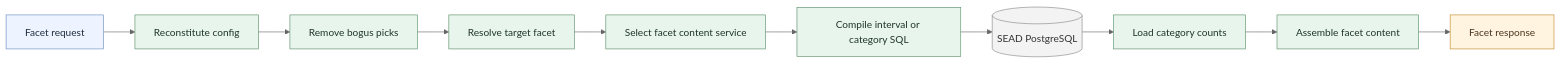
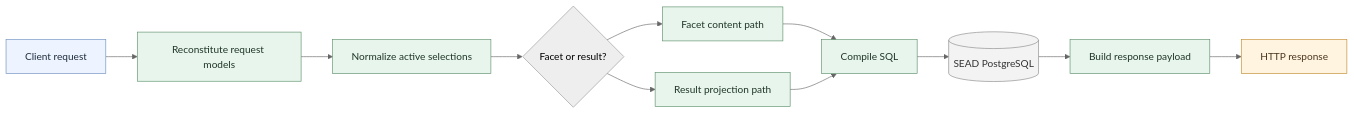
One commit to humlab-sead/sead_query_api changed the second of 12 diagrams in docs/DIAGRAMS.md. Above: the diagram before and after it, drawn with Mermaid (neutral theme). The commit also changed other lines of this file, not shown here.

Commit message:
refactor: update architecture diagrams and descriptions to align with current application flows and query-engine overhaul

````diff
--- a/docs/DIAGRAMS.md
+++ b/docs/DIAGRAMS.md
@@ -52,27 +52,29 @@
 ```mermaid
 flowchart LR
-    Request[Facet request]
-    Reconstitute[Reconstitute config]
-    Clean[Remove bogus picks]
-    Resolve[Resolve target facet]
-    Select[Select facet content service]
-    Compile[Compile interval or category SQL]
-    Count[Load category counts]
-    Assemble[Assemble facet content]
-    Response[Facet response]
+    Request[Client request]
+    Reconstitute[Reconstitute request models]
+    Clean[Normalize active selections]
+    Decide{Facet or result?}
+    Facet[Facet content path]
+    Result[Result projection path]
+    Compile[Compile SQL]
+    Payload[Build response payload]
+    Response[HTTP response]
     Db[(SEAD PostgreSQL)]
 
-    Request --> Reconstitute --> Clean --> Resolve --> Select --> Compile
+    Request --> Reconstitute --> Clean --> Decide
+    Decide --> Facet --> Compile
+    Decide --> Result --> Compile
     Compile --> Db
-    Db --> Count --> Assemble --> Response
+    Db --> Payload --> Response
 
     classDef input fill:#edf3ff,stroke:#6c8ebf,color:#1f2d3d;
     classDef process fill:#e8f5ec,stroke:#5b8f6a,color:#1f3527;
     classDef store fill:#f3f3f3,stroke:#8a8a8a,color:#333333;
     classDef output fill:#fff4df,stroke:#c28b2c,color:#4a3620;
 
     class Request input;
-    class Reconstitute,Clean,Resolve,Select,Compile,Count,Assemble process;
+    class Reconstitute,Clean,Facet,Result,Compile,Payload process;
     class Db store;
     class Response output;
 ```
````
